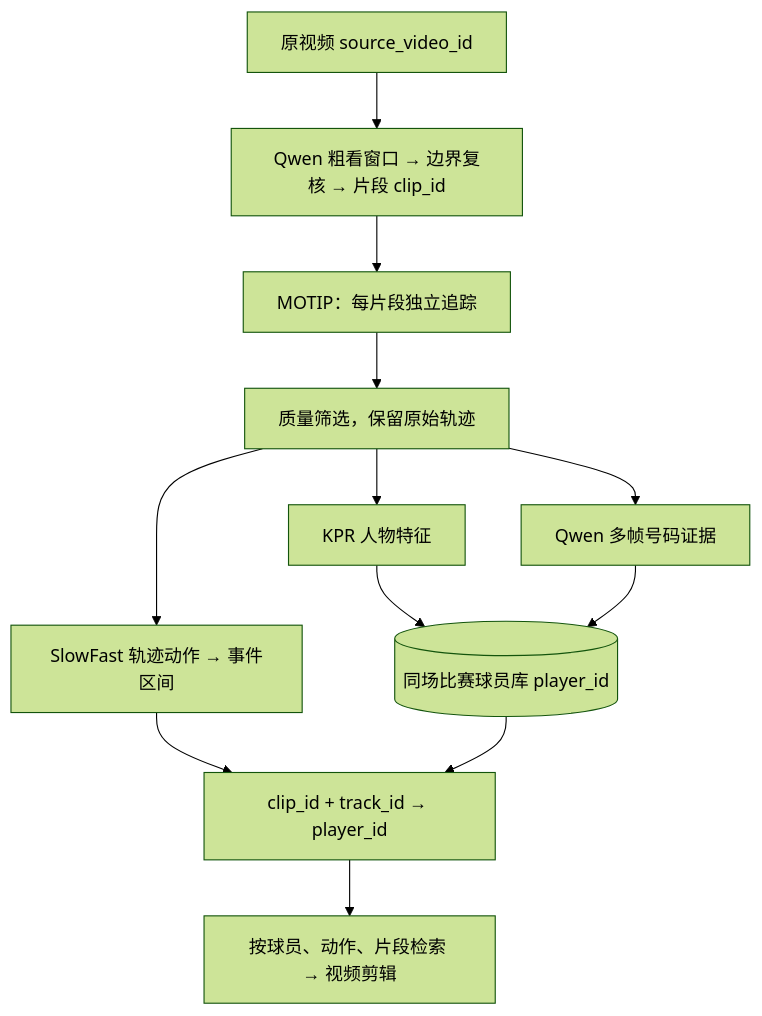
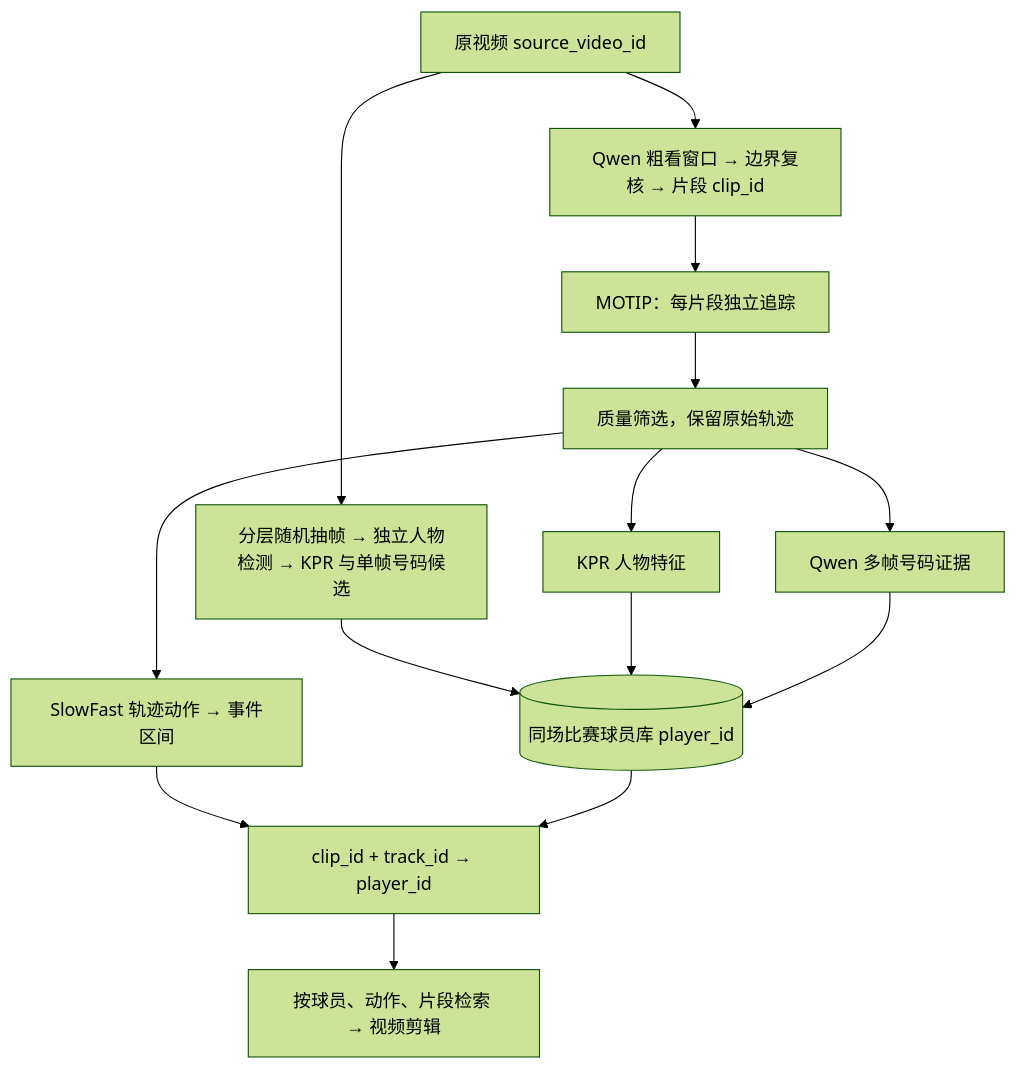
One commit to 33613/basket_cut changed the diagram in README.md. Above: the diagram before and after it, drawn with Mermaid (forest theme). The commit also changed other lines of this file and 23 other files, not shown here.

````diff
--- a/README.md
+++ b/README.md
@@ -5,14 +5,16 @@
 ```mermaid
 flowchart TD
     S[原视频 source_video_id] --> C[Qwen 粗看窗口 → 边界复核 → 片段 clip_id]
+    S --> B[分层随机抽帧 → 独立人物检测 → KPR 与单帧号码候选]
+    B --> P
     C --> T[MOTIP：每片段独立追踪]
     T --> Q[质量筛选，保留原始轨迹]
     Q --> K[KPR 人物特征]
     Q --> N[Qwen 多帧号码证据]
     K --> P[(同场比赛球员库 player_id)]
     N --> P
     Q --> A[SlowFast 轨迹动作 → 事件区间]
     A --> J[clip_id + track_id → player_id]
     P --> J
     J --> W[按球员、动作、片段检索 → 视频剪辑]
 ```
````
